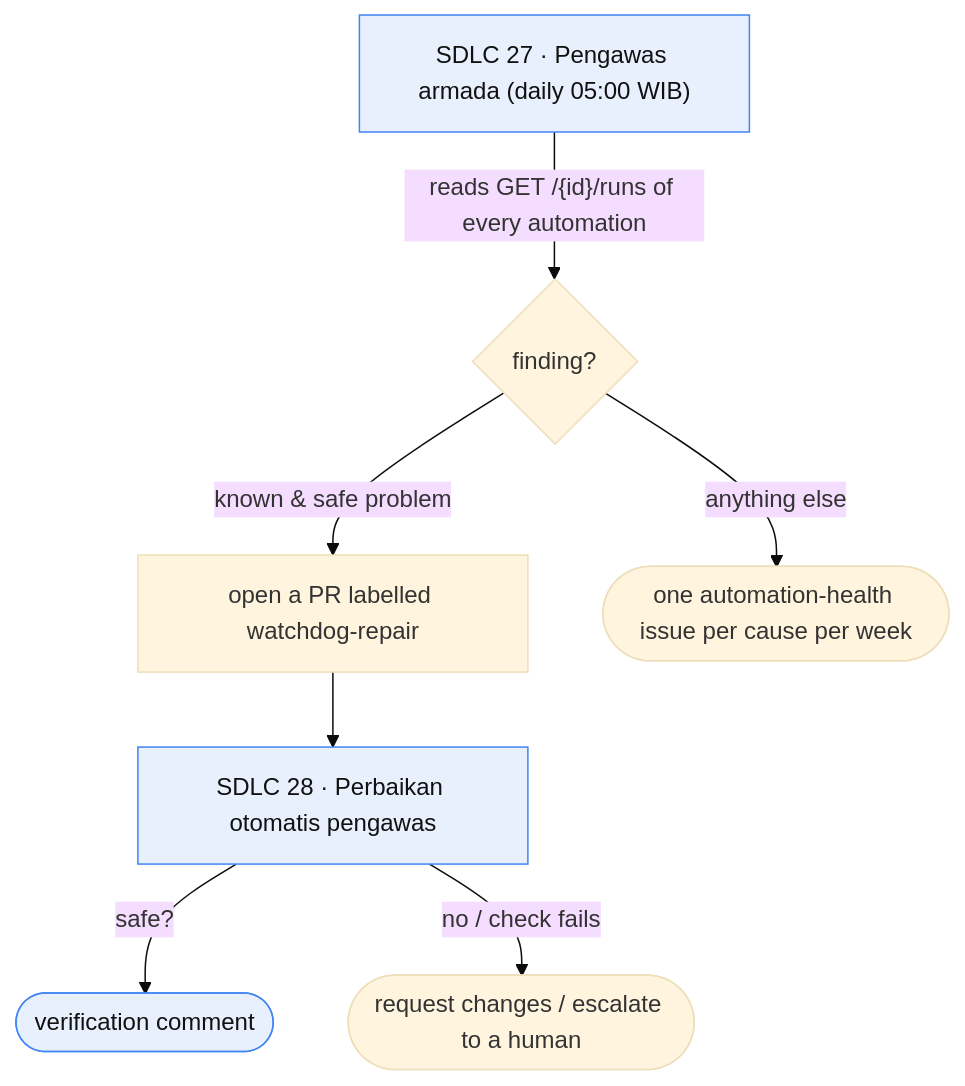
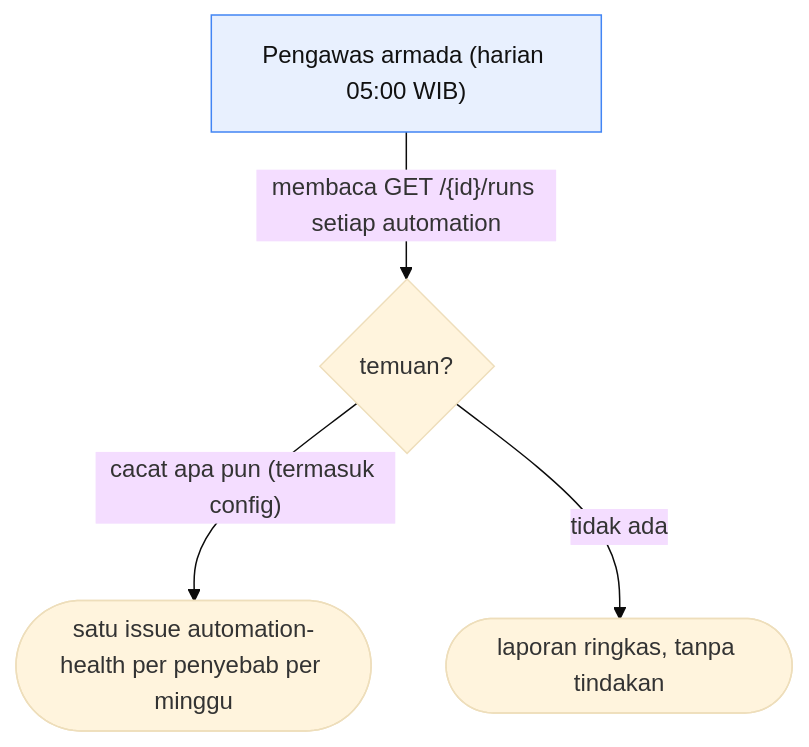
Before and after one commit to ypcipansor/cipansor: the sixth of 6 diagrams in docs/SDLC-FLOW.md, drawn with Mermaid (base theme). The commit also changed other lines of this file and 21 other files, not shown here.

First line of the commit message:
refactor(sdlc): nomor ulang armada, peran jelas, gate deskripsi PR keras (#711)

````diff
--- a/docs/SDLC-FLOW.md
+++ b/docs/SDLC-FLOW.md
@@ -160,11 +423,8 @@
 ```mermaid
 flowchart TD
   classDef cloud fill:#e8f0fe,stroke:#4285f4,color:#111;
-  WD["SDLC 27 · Pengawas armada (daily 05:00 WIB)"]:::cloud
-  WD -- "reads GET /{id}/runs of every automation" --> SCAN{"finding?"}
-  SCAN -- "known & safe problem" --> FIX["open a PR labelled watchdog-repair"]
-  FIX --> C28["SDLC 28 · Perbaikan otomatis pengawas"]:::cloud
-  C28 -- "safe?" --> VOK(["verification comment"]):::cloud
-  C28 -- "no / check fails" --> ESC(["request changes / escalate to a human"])
-  SCAN -- "anything else" --> ISS(["one automation-health issue per cause per week"])
+  WD["Pengawas armada (harian 05:00 WIB)"]:::cloud
+  WD -- "membaca GET /{id}/runs setiap automation" --> SCAN{"temuan?"}
+  SCAN -- "cacat apa pun (termasuk config)" --> ISS(["satu issue automation-health per penyebab per minggu"])
+  SCAN -- "tidak ada" --> OK(["laporan ringkas, tanpa tindakan"])
 ```
````
